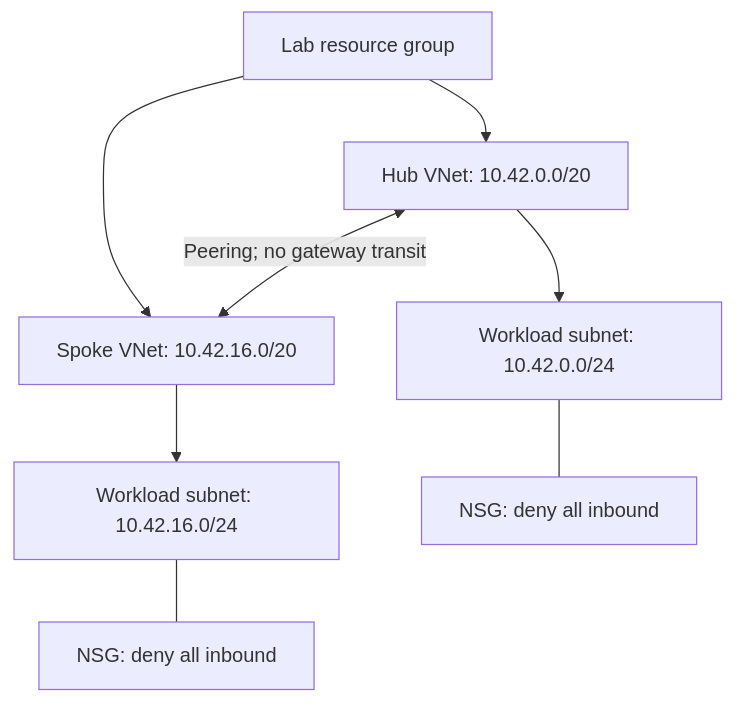
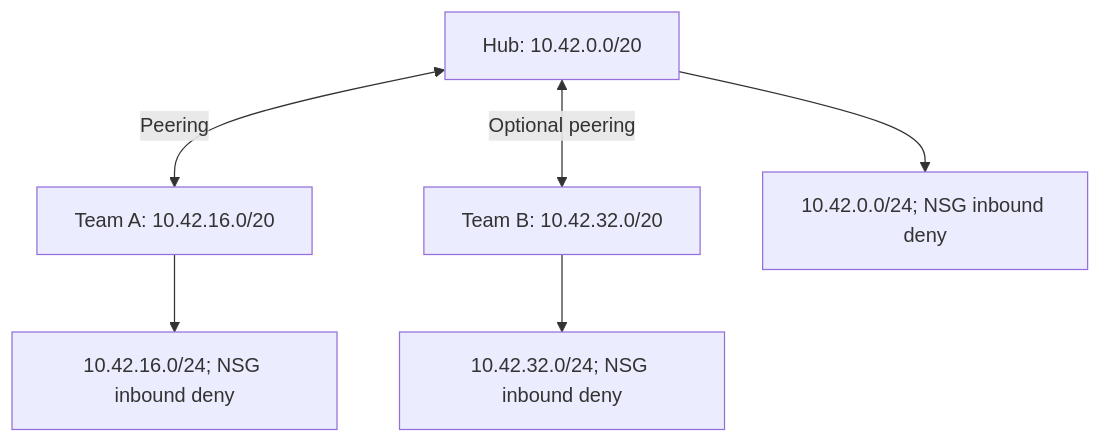
The diagram in README.md (baileynyx/azure-platform-foundation), drawn with Mermaid before and after one commit. The commit also changed other lines of this file and 9 other files, not shown here.

Commit message:
Add optional Team B spoke with owner tags and regression tests

````diff
--- a/README.md
+++ b/README.md
@@ -26,10 +54,8 @@
 ```mermaid
 flowchart TD
-  RG["Lab resource group"] --> HUB["Hub VNet: 10.42.0.0/20"]
-  RG --> SPOKE["Spoke VNet: 10.42.16.0/20"]
-  HUB <-->|"Peering; no gateway transit"| SPOKE
-  HUB --> HS["Workload subnet: 10.42.0.0/24"]
-  SPOKE --> SS["Workload subnet: 10.42.16.0/24"]
-  HS --- HN["NSG: deny all inbound"]
-  SS --- SN["NSG: deny all inbound"]
+  HUB["Hub: 10.42.0.0/20"] <-->|"Peering"| A["Team A: 10.42.16.0/20"]
+  HUB <-->|"Optional peering"| B["Team B: 10.42.32.0/20"]
+  HUB --> HN["10.42.0.0/24; NSG inbound deny"]
+  A --> AN["10.42.16.0/24; NSG inbound deny"]
+  B --> BN["10.42.32.0/24; NSG inbound deny"]
 ```
````
